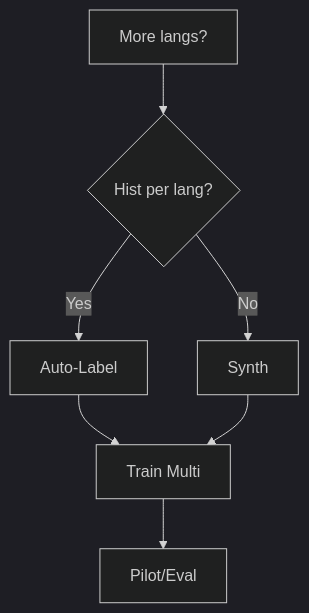
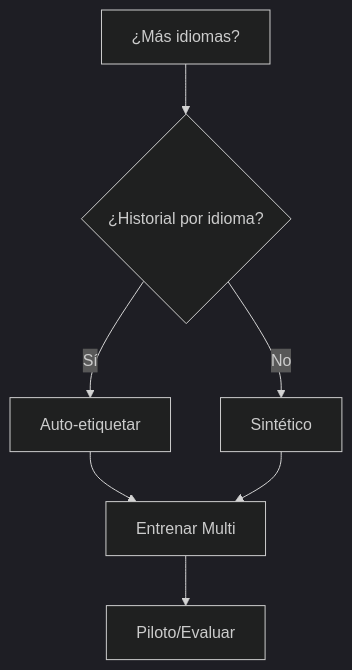
One commit to Softoft-Orga/open-ticket-ai changed the sixth of 7 diagrams in docs/vitepress_docs/docs_src/es/guide/plan-ticket-automation-project.md. Above: the diagram before and after it, drawn with Mermaid. The commit also changed other lines of this file and 88 other files, not shown here.

````diff
--- a/docs/vitepress_docs/docs_src/es/guide/plan-ticket-automation-project.md
+++ b/docs/vitepress_docs/docs_src/es/guide/plan-ticket-automation-project.md
@@ -197,13 +200,13 @@
 ```mermaid
 ---
 config:
   theme: 'dark'
 ---
 flowchart TD
-  A[More langs?] --> B{Hist per lang?}
-  B -- Yes --> C[Auto-Label]
-  B -- No --> D[Synth]
-  C --> E[Train Multi]
+  A[¿Más idiomas?] --> B{¿Historial por idioma?}
+  B -- Sí --> C[Auto-etiquetar]
+  B -- No --> D[Sintético]
+  C --> E[Entrenar Multi]
   D --> E
-  E --> F[Pilot/Eval]
+  E --> F[Piloto/Evaluar]
 ```
````
